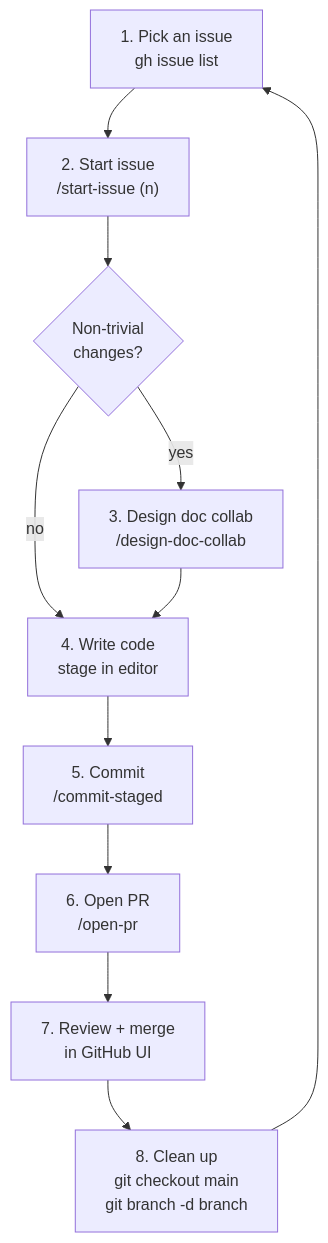
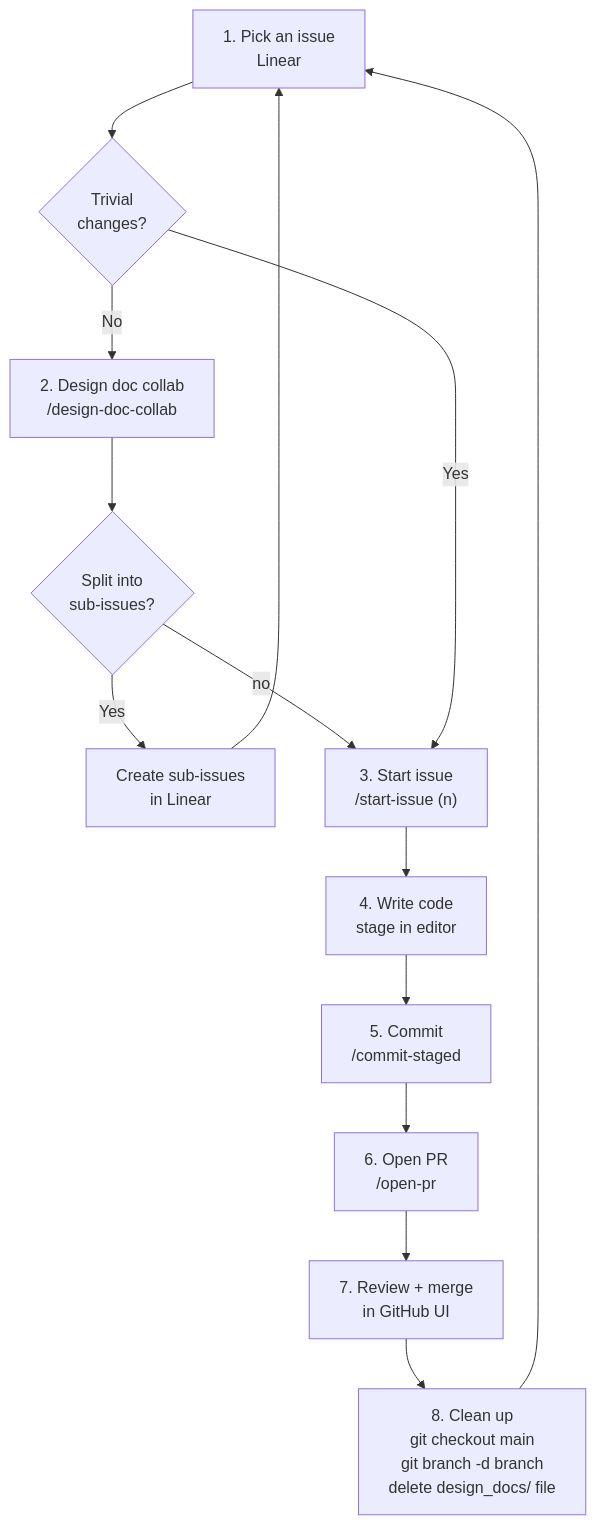
The first of 2 diagrams in README.md (thirdsunhq/dev-workflow), drawn with Mermaid before and after one commit. The commit also changed other lines of this file, not shown here.

First line of the commit message:
docs: update README for Linear stack THI-11

````diff
--- a/README.md
+++ b/README.md
@@ -19,13 +21,16 @@
 ```mermaid
 flowchart TD
-    A["1. Pick an issue<br/>gh issue list"] --> B["2. Start issue<br/>/start-issue (n)"]
-    B --> C{"Non-trivial<br/>changes?"}
-    C -->|yes| D["3. Design doc collab<br/>/design-doc-collab"]
-    C -->|no| E["4. Write code<br/>stage in editor"]
-    D --> E
-    E --> F["5. Commit<br/>/commit-staged"]
-    F --> G["6. Open PR<br/>/open-pr"]
-    G --> H["7. Review + merge<br/>in GitHub UI"]
-    H --> I["8. Clean up<br/>git checkout main<br/>git branch -d branch"]
-    I --> A
+    A["1. Pick an issue<br/>Linear"] --> B{"Trivial<br/>changes?"}
+    B -->|No| C["2. Design doc collab<br/>/design-doc-collab"]
+    C --> D{"Split into<br/>sub-issues?"}
+    D -->|Yes| E["Create sub-issues<br/>in Linear"]
+    E --> A
+    D -->|no| F["3. Start issue<br/>/start-issue (n)"]
+    B -->|Yes| F
+    F --> G["4. Write code<br/>stage in editor"]
+    G --> H["5. Commit<br/>/commit-staged"]
+    H --> I["6. Open PR<br/>/open-pr"]
+    I --> J["7. Review + merge<br/>in GitHub UI"]
+    J --> K["8. Clean up<br/>git checkout main<br/>git branch -d branch<br/>delete design_docs/ file"]
+    K --> A
 ```
````
